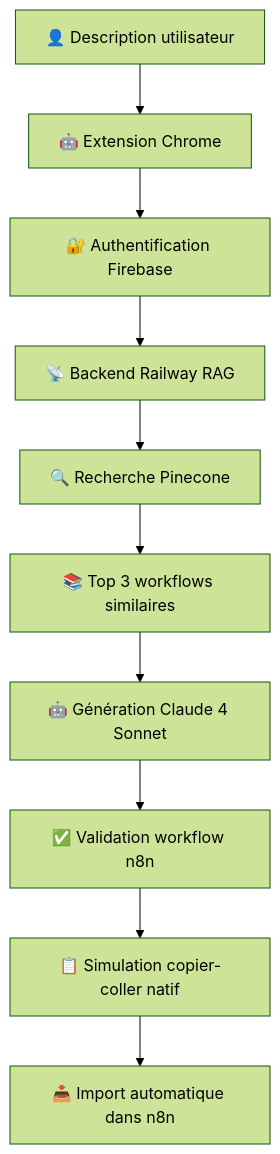
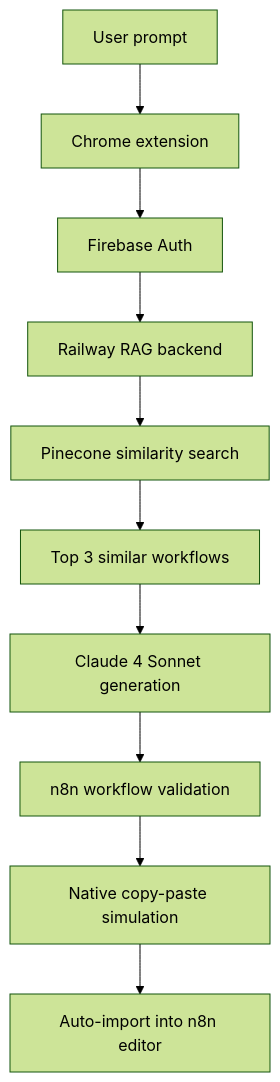
One commit to tirones-123/vibe-n8n changed the diagram in vibe-n8n-chrome-extension/README.md. Above: the diagram before and after it, drawn with Mermaid (forest theme). The commit also changed other lines of this file and 12 other files, not shown here.

````diff
--- a/vibe-n8n-chrome-extension/README.md
+++ b/vibe-n8n-chrome-extension/README.md
@@ -169,12 +158,12 @@
 ```mermaid
 graph TD
-    A[👤 Description utilisateur] --> B[🤖 Extension Chrome]
-    B --> C[🔐 Authentification Firebase]
-    C --> D[📡 Backend Railway RAG]
-    D --> E[🔍 Recherche Pinecone]
-    E --> F[📚 Top 3 workflows similaires]
-    F --> G[🤖 Génération Claude 4 Sonnet]
-    G --> H[✅ Validation workflow n8n]
-    H --> I[📋 Simulation copier-coller natif]
-    I --> J[📥 Import automatique dans n8n]
+    A[User prompt] --> B[Chrome extension]
+    B --> C[Firebase Auth]
+    C --> D[Railway RAG backend]
+    D --> E[Pinecone similarity search]
+    E --> F[Top 3 similar workflows]
+    F --> G[Claude 4 Sonnet generation]
+    G --> H[n8n workflow validation]
+    H --> I[Native copy-paste simulation]
+    I --> J[Auto-import into n8n editor]
 ```
````
